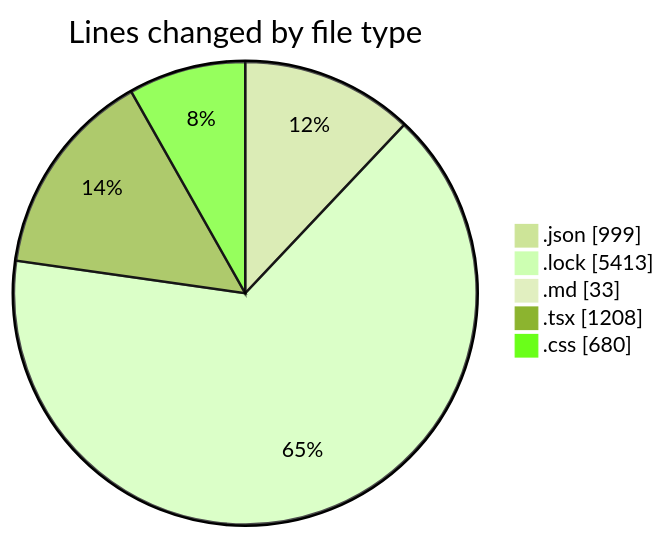
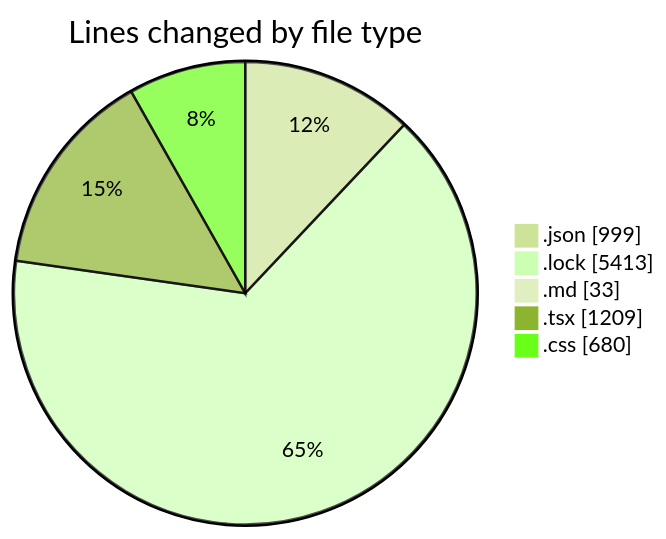
The first of 2 diagrams in 2025-08-11/ribbon/README.md (EIIisD/code-tracking), drawn with Mermaid (forest theme) before and after one commit. The commit also changed other lines of this file and 1 other file, not shown here.

````diff
--- a/2025-08-11/ribbon/README.md
+++ b/2025-08-11/ribbon/README.md
@@ -40,9 +40,9 @@
 ```mermaid
 pie showData
 title Lines changed by file type
 ".json" : 999
 ".lock" : 5413
 ".md" : 33
-".tsx" : 1208
+".tsx" : 1209
 ".css" : 680
 ```
````
